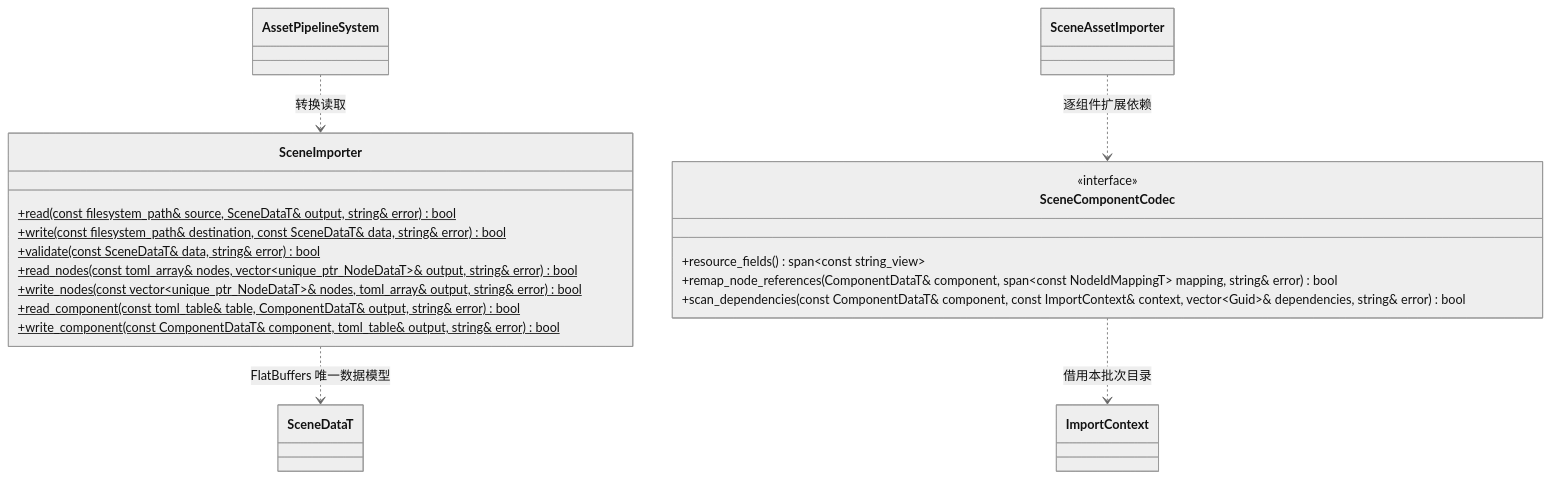
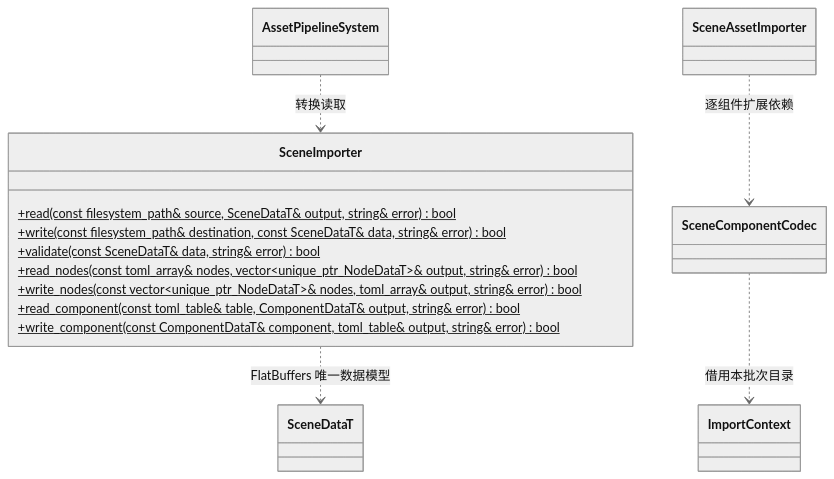
One commit to lcals/Engine changed the diagram in docs/editor/class-diagrams/scene-importer.md. Above: the diagram before and after it, drawn with Mermaid (neutral theme). The commit also changed other lines of this file and 244 other files, not shown here.

````diff
--- a/docs/editor/class-diagrams/scene-importer.md
+++ b/docs/editor/class-diagrams/scene-importer.md
@@ -5,26 +5,21 @@
 ```mermaid
 classDiagram
     class SceneImporter {
         +read(const filesystem_path& source, SceneDataT& output, string& error)$ bool
         +write(const filesystem_path& destination, const SceneDataT& data, string& error)$ bool
         +validate(const SceneDataT& data, string& error)$ bool
         +read_nodes(const toml_array& nodes, vector~unique_ptr_NodeDataT~& output, string& error)$ bool
         +write_nodes(const vector~unique_ptr_NodeDataT~& nodes, toml_array& output, string& error)$ bool
         +read_component(const toml_table& table, ComponentDataT& output, string& error)$ bool
         +write_component(const ComponentDataT& component, toml_table& output, string& error)$ bool
     }
     class SceneDataT
     class AssetPipelineSystem
-    class SceneComponentCodec {
-        <<interface>>
-        +resource_fields() span~const string_view~
-        +remap_node_references(ComponentDataT& component, span~const NodeIdMappingT~ mapping, string& error) bool
-        +scan_dependencies(const ComponentDataT& component, const ImportContext& context, vector~Guid~& dependencies, string& error) bool
-    }
+    class SceneComponentCodec
     class ImportContext
     class SceneAssetImporter
     SceneAssetImporter ..> SceneComponentCodec : 逐组件扩展依赖
     SceneComponentCodec ..> ImportContext : 借用本批次目录
     SceneImporter ..> SceneDataT : FlatBuffers 唯一数据模型
     AssetPipelineSystem ..> SceneImporter : 转换读取
 ```
````
